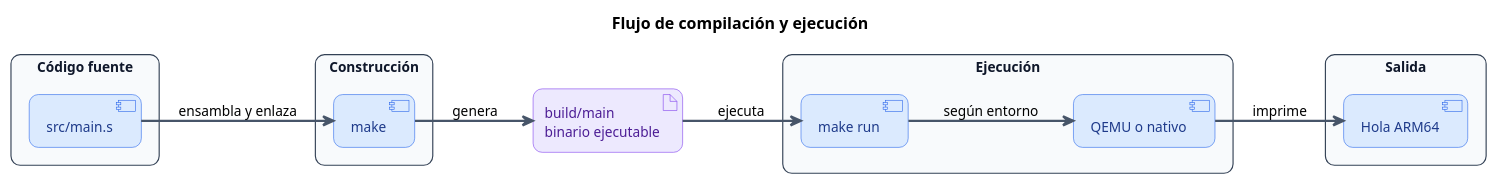
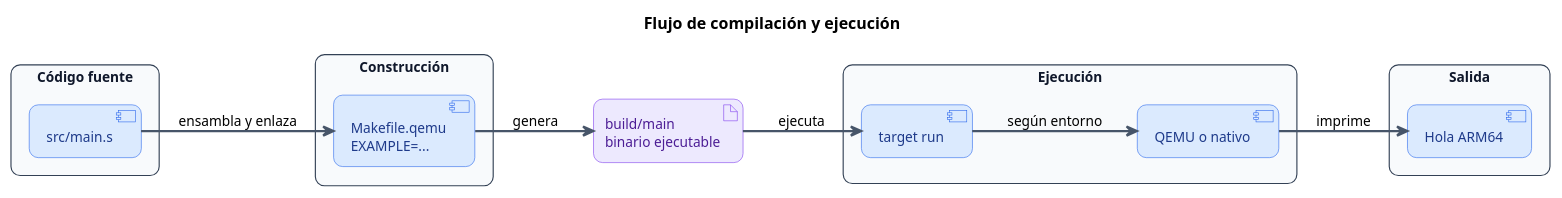
One commit to PoncheDeFrutas/arm-riscv-lab changed the first of 2 diagrams in site/slides/aarch64/01-laboratorio-arm64-reproducible.md. Above: the diagram before and after it, drawn with PlantUML. The commit also changed other lines of this file and 8 other files, not shown here.

````diff
--- a/site/slides/aarch64/01-laboratorio-arm64-reproducible.md
+++ b/site/slides/aarch64/01-laboratorio-arm64-reproducible.md
@@ -345,62 +345,62 @@
 ```plantuml
 @startuml
 title Flujo de compilación y ejecución
 
 left to right direction
 
 skinparam backgroundColor transparent
 skinparam shadowing false
 skinparam roundcorner 16
 skinparam defaultFontName Arial
 skinparam defaultFontSize 12
 
 skinparam rectangle {
   BorderColor #334155
   BackgroundColor #f8fafc
   FontColor #0f172a
 }
 
 skinparam component {
   BorderColor #2563eb
   BackgroundColor #dbeafe
   FontColor #1e3a8a
 }
 
 skinparam artifact {
   BorderColor #7c3aed
   BackgroundColor #ede9fe
   FontColor #4c1d95
 }
 
 skinparam arrow {
   Color #475569
   Thickness 2
 }
 
 rectangle "Código fuente" as SRC_DIR {
   component "src/main.s" as SRC
 }
 
 rectangle "Construcción" as BUILD {
-  component "make" as MAKE
+  component "Makefile.qemu\nEXAMPLE=..." as MAKE
 }
 
 artifact "build/main\nbinario ejecutable" as BIN
 
 rectangle "Ejecución" as EXEC {
-  component "make run" as RUN
+  component "target run" as RUN
   component "QEMU o nativo" as ENV
 }
 
 rectangle "Salida" as OUTPUT {
   component "Hola ARM64" as OUT
 }
 
 SRC --> MAKE : ensambla y enlaza
 MAKE --> BIN : genera
 BIN --> RUN : ejecuta
 RUN --> ENV : según entorno
 ENV --> OUT : imprime
 
 @enduml
 ```
````
